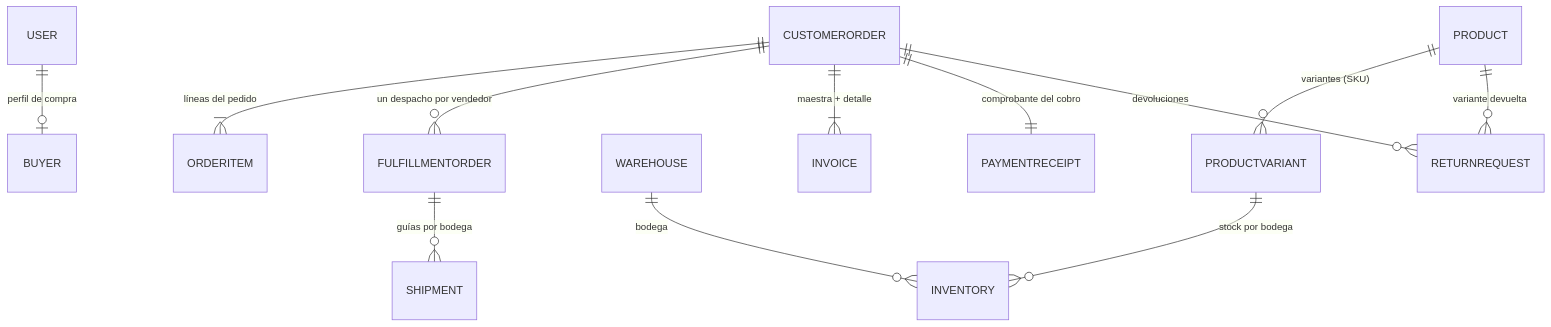
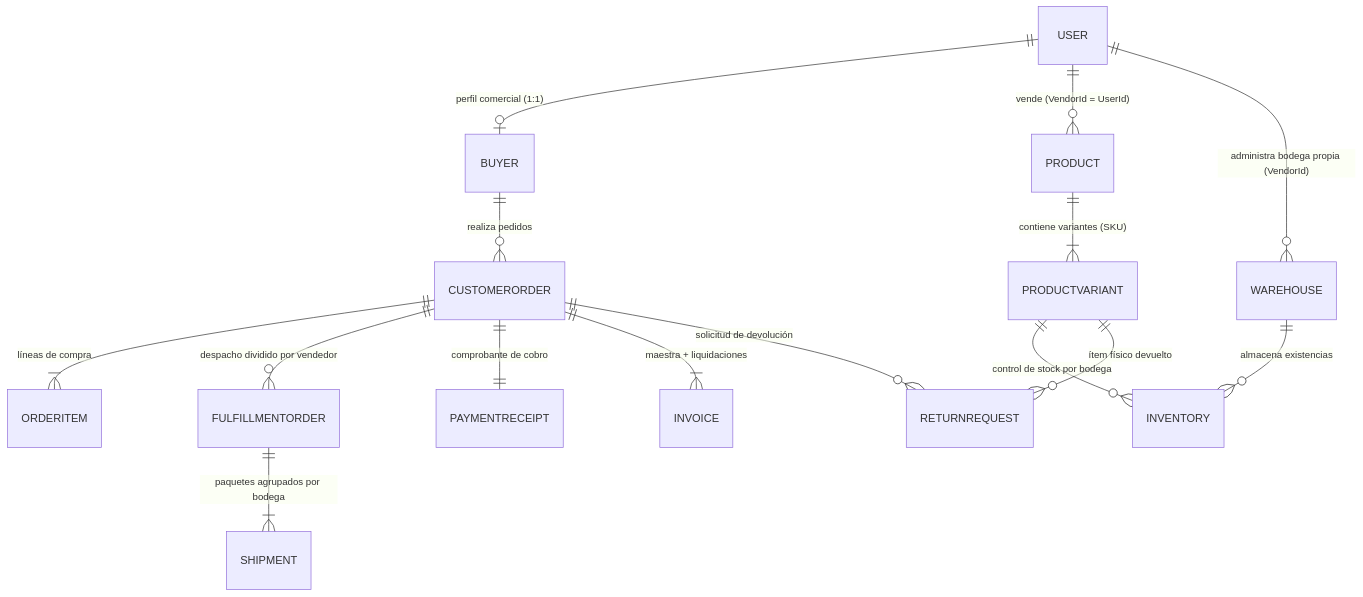
Before and after one commit to D-MachadoDev/Zentric: the diagram in backendSDD/Domain/01-models.md, drawn with Mermaid. The commit also changed other lines of this file, not shown here.

Commit message:
docs(domain): update 01-models with pure SDD specs, ERD, and verified aggregate roots

````diff
--- a/backendSDD/Domain/01-models.md
+++ b/backendSDD/Domain/01-models.md
@@ -9,14 +9,21 @@
 ```mermaid
 erDiagram
-    CUSTOMERORDER ||--|{ ORDERITEM : "líneas del pedido"
-    CUSTOMERORDER ||--o{ FULFILLMENTORDER : "un despacho por vendedor"
-    FULFILLMENTORDER ||--o{ SHIPMENT : "guías por bodega"
-    PRODUCT ||--o{ PRODUCTVARIANT : "variantes (SKU)"
-    PRODUCTVARIANT ||--o{ INVENTORY : "stock por bodega"
-    WAREHOUSE ||--o{ INVENTORY : "bodega"
-    USER ||--o| BUYER : "perfil de compra"
-    CUSTOMERORDER ||--|{ INVOICE : "maestra + detalle"
-    CUSTOMERORDER ||--|| PAYMENTRECEIPT : "comprobante del cobro"
-    CUSTOMERORDER ||--o{ RETURNREQUEST : "devoluciones"
-    PRODUCT ||--o{ RETURNREQUEST : "variante devuelta"
+    USER ||--o| BUYER : "perfil comercial (1:1)"
+    USER ||--o{ PRODUCT : "vende (VendorId = UserId)"
+    USER ||--o{ WAREHOUSE : "administra bodega propia (VendorId)"
+    
+    PRODUCT ||--|{ PRODUCTVARIANT : "contiene variantes (SKU)"
+    PRODUCTVARIANT ||--o{ INVENTORY : "control de stock por bodega"
+    WAREHOUSE ||--o{ INVENTORY : "almacena existencias"
+    
+    BUYER ||--o{ CUSTOMERORDER : "realiza pedidos"
+    CUSTOMERORDER ||--|{ ORDERITEM : "líneas de compra"
+    CUSTOMERORDER ||--o{ FULFILLMENTORDER : "despacho dividido por vendedor"
+    FULFILLMENTORDER ||--|{ SHIPMENT : "paquetes agrupados por bodega"
+    
+    CUSTOMERORDER ||--|| PAYMENTRECEIPT : "comprobante de cobro"
+    CUSTOMERORDER ||--|{ INVOICE : "maestra + liquidaciones"
+    
+    CUSTOMERORDER ||--o{ RETURNREQUEST : "solicitud de devolución"
+    PRODUCTVARIANT ||--o{ RETURNREQUEST : "ítem físico devuelto"
 ```
````
